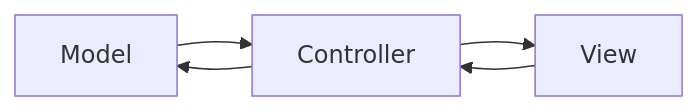
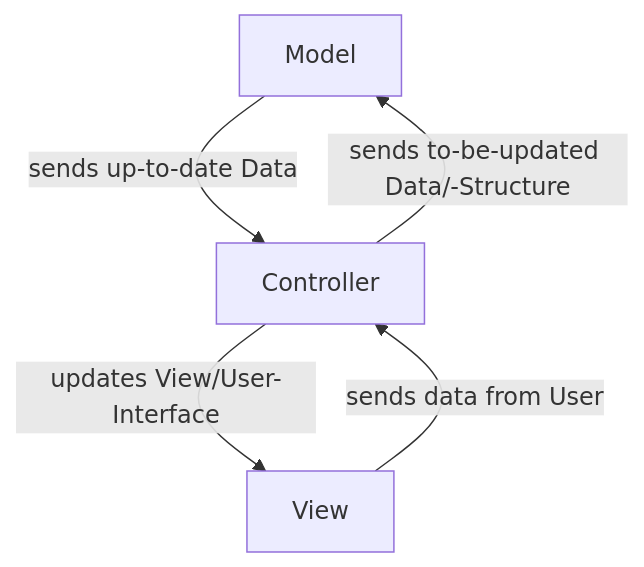
One commit to sf-dev-git/php-mvc changed the diagram in Readme.md. Above: the diagram before and after it, drawn with Mermaid. The commit also changed other lines of this file, not shown here.

````diff
--- a/Readme.md
+++ b/Readme.md
@@ -3,7 +5,9 @@
 ```mermaid
 
-flowchart LR
-    Model & View --> Controller
-    Controller --> View & Model
+flowchart TB
+    Model -- sends up-to-date Data --> Controller
+    Controller -- sends to-be-updated Data/-Structure --> Model
+    View -- sends data from User --> Controller
+    Controller -- updates View/User-Interface --> View 
 
 ```
````
